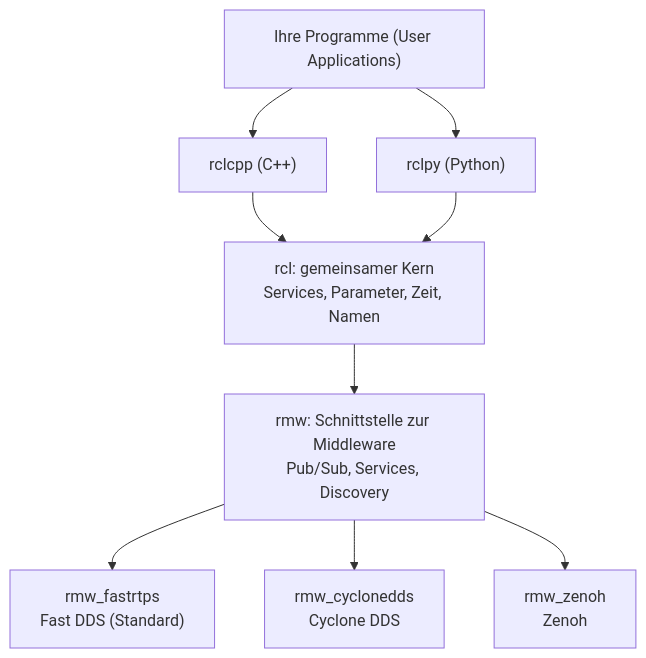
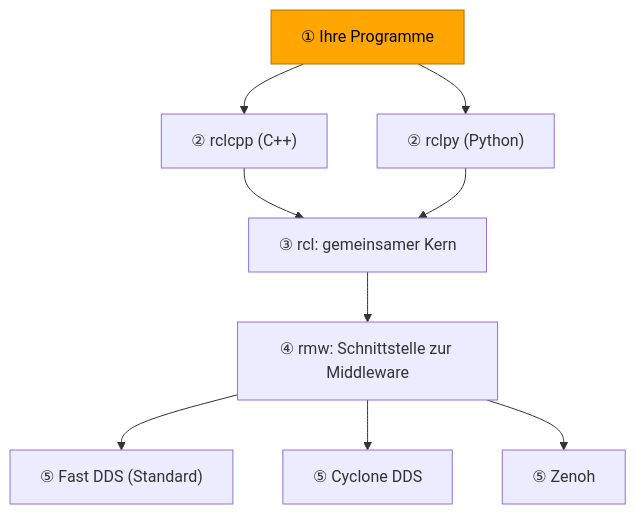
Before and after one commit to TUBAF-IfI-LiaScript/VL_SoftwareprojektRobotik: the first of 13 diagrams in 01_ROS_Grundlagen/01_ROS_Grundlagen.md, drawn with Mermaid. The commit also changed other lines of this file and 6 other files, not shown here.

````diff
--- a/01_ROS_Grundlagen/01_ROS_Grundlagen.md
+++ b/01_ROS_Grundlagen/01_ROS_Grundlagen.md
@@ -201,11 +207,12 @@
 ```mermaid @mermaid
 graph TD
-    APP["Ihre Programme (User Applications)"] --> CPP["rclcpp (C++)"]
-    APP --> PY["rclpy (Python)"]
-    CPP --> RCL["rcl: gemeinsamer Kern<br/>Services, Parameter, Zeit, Namen"]
+    APP["① Ihre Programme"] --> CPP["② rclcpp (C++)"]
+    APP --> PY["② rclpy (Python)"]
+    CPP --> RCL["③ rcl: gemeinsamer Kern"]
     PY --> RCL
-    RCL --> RMW["rmw: Schnittstelle zur Middleware<br/>Pub/Sub, Services, Discovery"]
-    RMW --> F1["rmw_fastrtps<br/>Fast DDS (Standard)"]
-    RMW --> F2["rmw_cyclonedds<br/>Cyclone DDS"]
-    RMW --> F3["rmw_zenoh<br/>Zenoh"]
+    RCL --> RMW["④ rmw: Schnittstelle zur Middleware"]
+    RMW --> F1["⑤ Fast DDS (Standard)"]
+    RMW --> F2["⑤ Cyclone DDS"]
+    RMW --> F3["⑤ Zenoh"]
+    style APP fill:#ffa600,stroke:#b37400,color:#000
 ```
````
